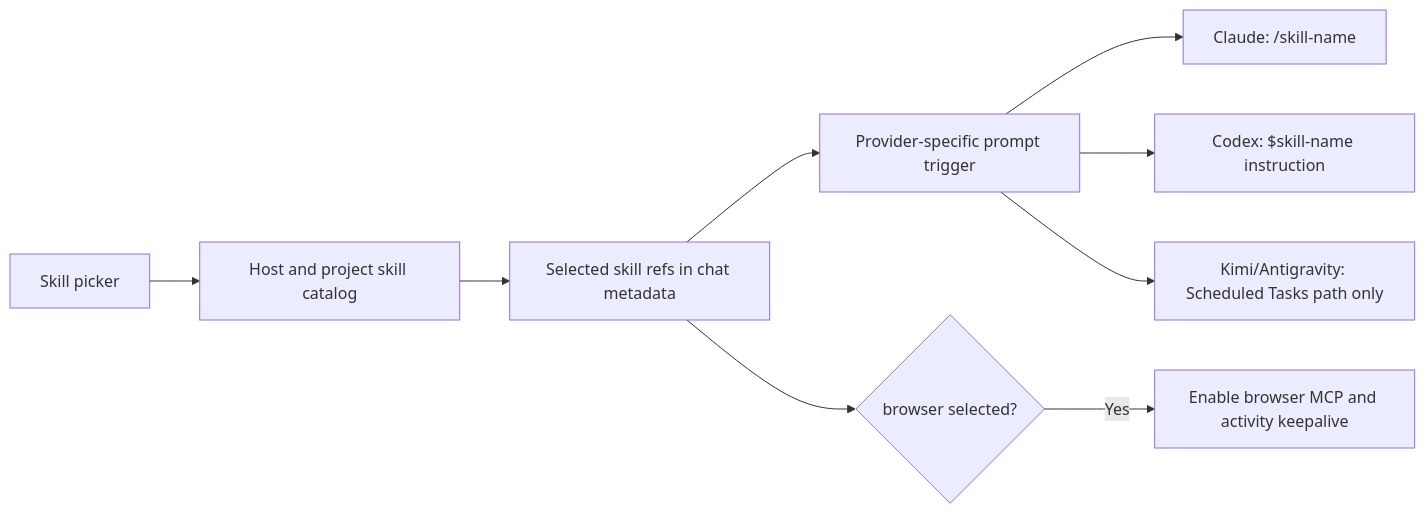
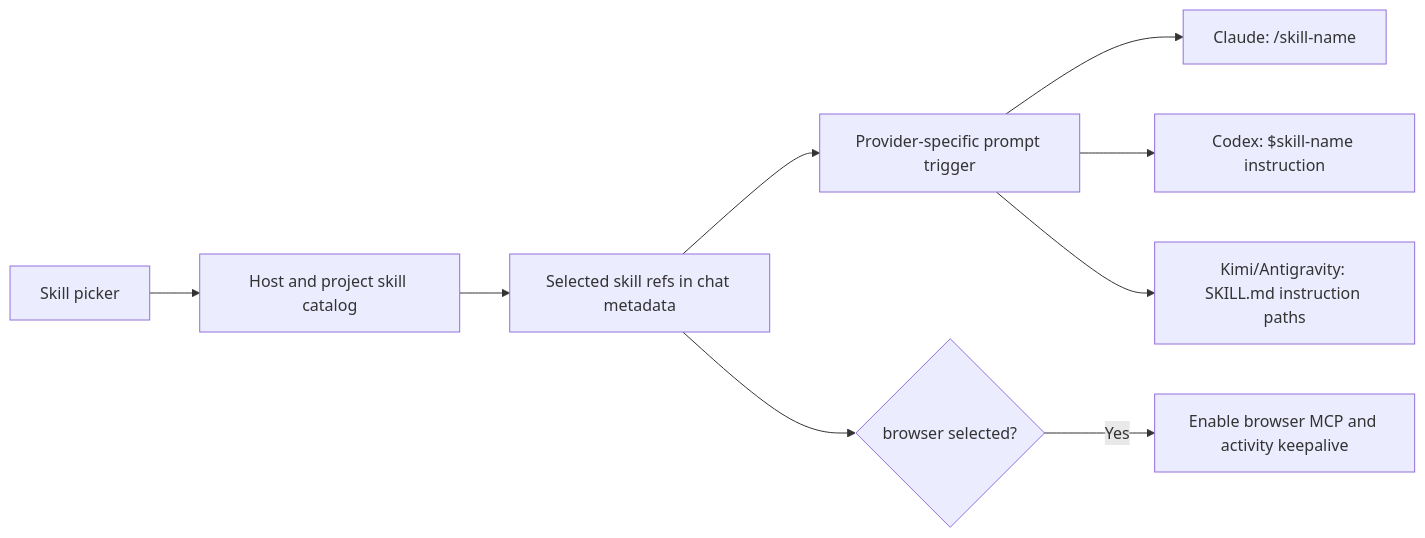
The fifth of 5 diagrams in docs/02-workspaces/04-chat-and-agents.md (AbdallahMohamedDotnet/remote.futrx), drawn with Mermaid before and after one commit. The commit also changed other lines of this file and 27 other files, not shown here.

````diff
--- a/docs/02-workspaces/04-chat-and-agents.md
+++ b/docs/02-workspaces/04-chat-and-agents.md
@@ -224,11 +269,11 @@
 ```mermaid
 flowchart LR
     Picker["Skill picker"] --> Catalog["Host and project skill catalog"]
     Catalog --> Selected["Selected skill refs in chat metadata"]
     Selected --> Trigger["Provider-specific prompt trigger"]
     Trigger --> Claude["Claude: /skill-name"]
     Trigger --> Codex["Codex: $skill-name instruction"]
-    Trigger --> Other["Kimi/Antigravity: Scheduled Tasks path only"]
+    Trigger --> Other["Kimi/Antigravity: SKILL.md instruction paths"]
     Selected --> Browser{"browser selected?"}
     Browser -->|"Yes"| MCP["Enable browser MCP and activity keepalive"]
 ```
````
